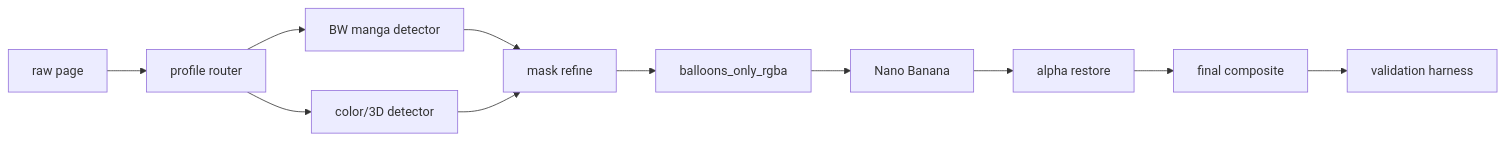
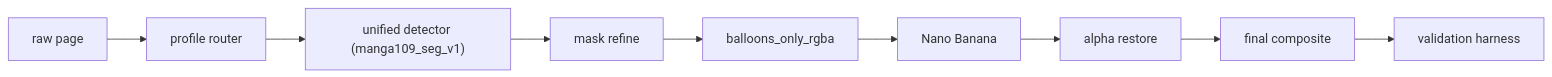
One commit to robinhood0107repo/NaNoBananacomic changed the diagram in doc/구현계획.md. Above: the diagram before and after it, drawn with Mermaid. The commit also changed other lines of this file and 4 other files, not shown here.

Commit message:
Unify Step 1 auto detector to manga109

````diff
--- a/doc/구현계획.md
+++ b/doc/구현계획.md
@@ -68,13 +68,11 @@
 ```mermaid
 flowchart LR
   A["raw page"] --> B["profile router"]
-  B --> C1["BW manga detector"]
-  B --> C2["color/3D detector"]
-  C1 --> D["mask refine"]
-  C2 --> D["mask refine"]
+  B --> C["unified detector (manga109_seg_v1)"]
+  C --> D["mask refine"]
   D --> E["balloons_only_rgba"]
   E --> F["Nano Banana"]
   F --> G["alpha restore"]
   G --> H["final composite"]
   H --> I["validation harness"]
 ```
````
